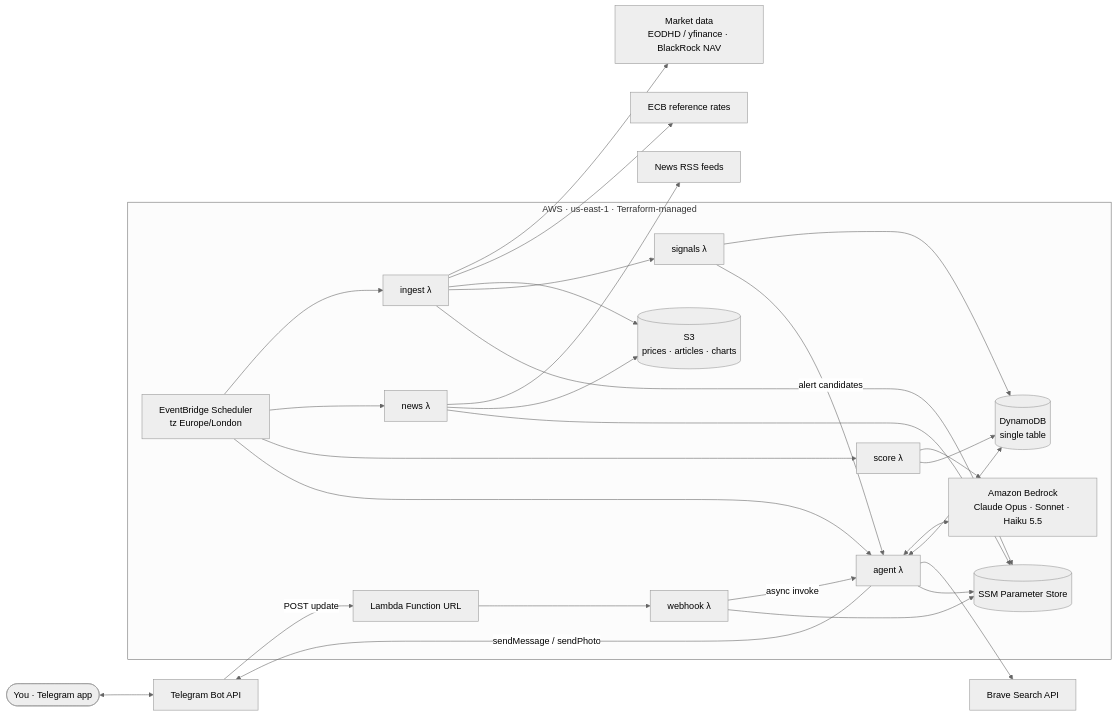
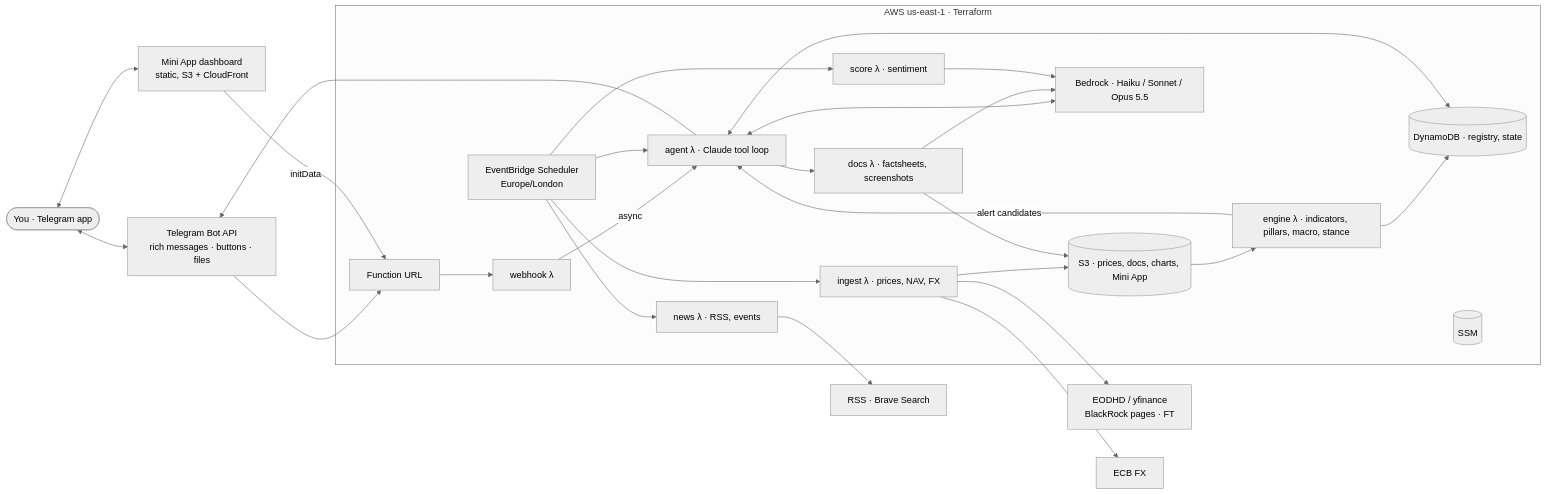
Before and after one commit to gilipersonal/mypaisa-agent: the first of 2 diagrams in ARCHITECTURE.md, drawn with Mermaid (neutral theme). The commit also changed other lines of this file and 3 other files, not shown here.

````diff
--- a/ARCHITECTURE.md
+++ b/ARCHITECTURE.md
@@ -43,41 +59,40 @@
 ```mermaid
 flowchart LR
   you([You · Telegram app])
-  tg[Telegram Bot API]
-  subgraph aws[AWS · us-east-1 · Terraform-managed]
-    url[Lambda Function URL]
+  tg[Telegram Bot API<br/>rich messages · buttons · files]
+  mini[Mini App dashboard<br/>static, S3 + CloudFront]
+  subgraph aws[AWS us-east-1 · Terraform]
+    url[Function URL]
     hook[webhook λ]
-    agent[agent λ]
-    ingest[ingest λ]
-    sig[signals λ]
-    news[news λ]
-    score[score λ]
-    sched[EventBridge Scheduler<br/>tz Europe/London]
-    ddb[(DynamoDB<br/>single table)]
-    s3[(S3<br/>prices · articles · charts)]
-    ssm[(SSM Parameter Store)]
-    br[Amazon Bedrock<br/>Claude Opus · Sonnet · Haiku 5.5]
+    agent[agent λ · Claude tool loop]
+    ingest[ingest λ · prices, NAV, FX]
+    engine[engine λ · indicators, pillars, macro, stance]
+    news[news λ · RSS, events]
+    score[score λ · sentiment]
+    docs[docs λ · factsheets, screenshots]
+    sched[EventBridge Scheduler<br/>Europe/London]
+    ddb[(DynamoDB · registry, state)]
+    s3[(S3 · prices, docs, charts, Mini App)]
+    br[Bedrock · Haiku / Sonnet / Opus 5.5]
+    ssm[(SSM)]
   end
-  mkt[Market data<br/>EODHD / yfinance · BlackRock NAV]
-  ecb[ECB reference rates]
-  rss[News RSS feeds]
-  brave[Brave Search API]
+  mkt[EODHD / yfinance<br/>BlackRock pages · FT]
+  ecb[ECB FX]
+  rss[RSS · Brave Search]
 
   you <--> tg
-  tg -- POST update --> url --> hook
-  hook -- async invoke --> agent
-  agent -- sendMessage / sendPhoto --> tg
+  you <--> mini
+  tg --> url --> hook -- async --> agent
+  agent --> tg
+  mini -- initData --> url
   sched --> ingest & news & score & agent
   ingest --> mkt & ecb
-  ingest --> s3
-  ingest --> sig --> ddb
-  sig -- alert candidates --> agent
-  news --> rss
-  news --> s3
-  score --> br
-  score --> ddb
+  ingest --> s3 --> engine --> ddb
+  engine -- alert candidates --> agent
   agent <--> br
   agent <--> ddb
-  agent --> brave
-  hook & agent & ingest & news --> ssm
+  agent --> docs --> br
+  docs --> s3
+  news --> rss
+  score --> br
 ```
````
